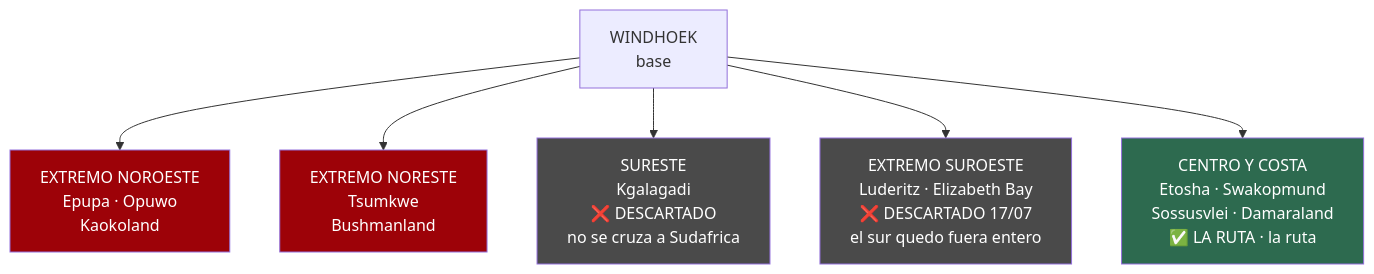
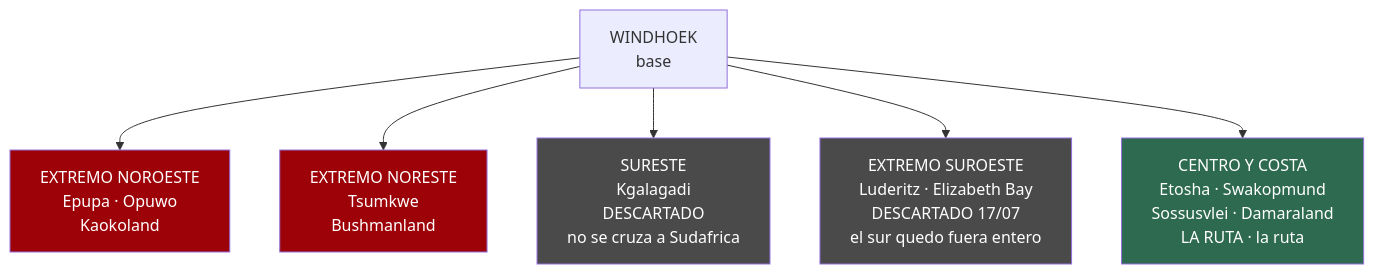
Before and after one commit to morandeirachema/namibia: the first of 5 diagrams in 11-lista-google-maps.md, drawn with Mermaid. The commit also changed other lines of this file and 14 other files, not shown here.

Commit message:
Arreglar el renderizado de los diagramas en GitHub: fuera emojis, negritas y barras ASCII de dentro de los nodos, que descuadraban la medida y recortaban el texto

````diff
--- a/11-lista-google-maps.md
+++ b/11-lista-google-maps.md
@@ -22,14 +22,14 @@
 ```mermaid
 flowchart TD
     W["WINDHOEK<br/>base"]
     W --> NW["EXTREMO NOROESTE<br/>Epupa · Opuwo<br/>Kaokoland"]
     W --> NE["EXTREMO NORESTE<br/>Tsumkwe<br/>Bushmanland"]
-    W --> SE["SURESTE<br/>Kgalagadi<br/>❌ DESCARTADO<br/>no se cruza a Sudafrica"]
-    W --> SW["EXTREMO SUROESTE<br/>Luderitz · Elizabeth Bay<br/>❌ DESCARTADO 17/07<br/>el sur quedo fuera entero"]
-    W --> C["CENTRO Y COSTA<br/>Etosha · Swakopmund<br/>Sossusvlei · Damaraland<br/>✅ LA RUTA · la ruta"]
+    W --> SE["SURESTE<br/>Kgalagadi<br/>DESCARTADO<br/>no se cruza a Sudafrica"]
+    W --> SW["EXTREMO SUROESTE<br/>Luderitz · Elizabeth Bay<br/>DESCARTADO 17/07<br/>el sur quedo fuera entero"]
+    W --> C["CENTRO Y COSTA<br/>Etosha · Swakopmund<br/>Sossusvlei · Damaraland<br/>LA RUTA · la ruta"]
     style NW fill:#9d0208,color:#fff
     style NE fill:#9d0208,color:#fff
     style SE fill:#4a4a4a,color:#fff
     style SW fill:#4a4a4a,color:#fff
     style C fill:#2d6a4f,color:#fff
 ```
````
